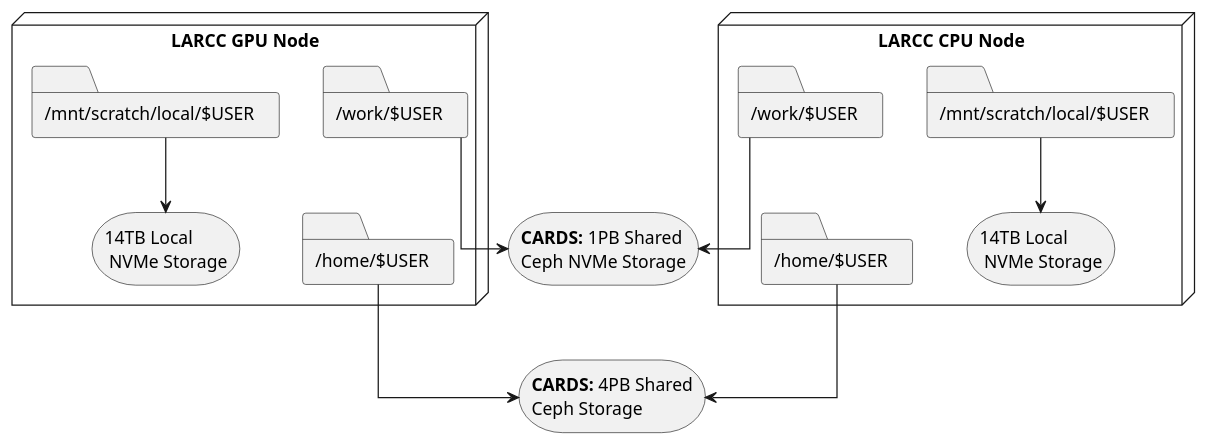
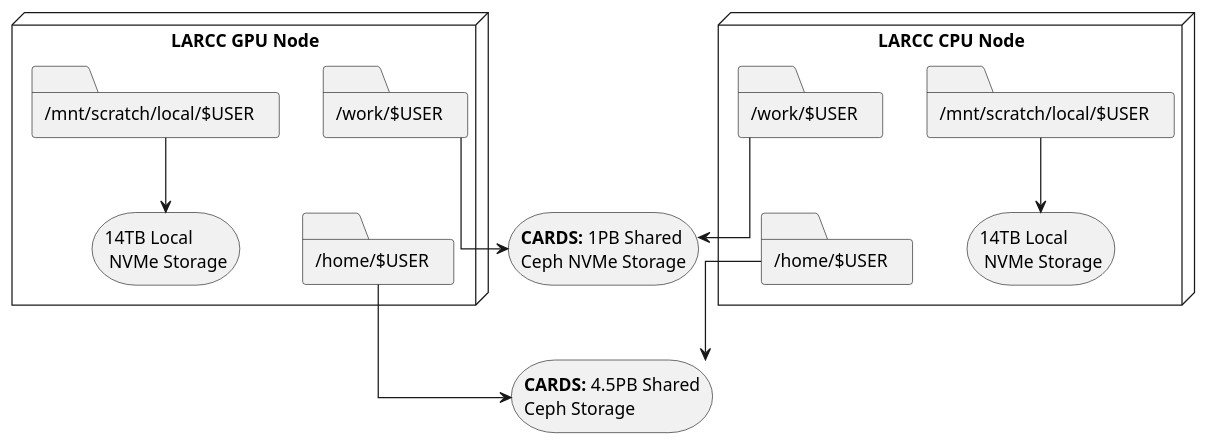
One commit to ularc/larcc changed the diagram in guides/storage/images/logical_storage_architecture.puml. Above: the diagram before and after it, drawn with PlantUML. The commit also changed 2 other files, not shown here.

Commit message:
storage guide fix

```diff
--- a/guides/storage/images/logical_storage_architecture.puml
+++ b/guides/storage/images/logical_storage_architecture.puml
@@ -1,35 +1,35 @@
 @startuml
 skinparam linetype polyline
 skinparam linetype ortho
 
-storage "<b>CARDS:</b> 4PB Shared\nCeph Storage" as cards
+storage "<b>CARDS:</b> 4.5PB Shared\nCeph Storage" as cards
 storage "<b>CARDS:</b> 1PB Shared\nCeph NVMe Storage" as cards_nvme
 node "LARCC CPU Node" as cpu_node {
   folder "/work/$USER" as cpu_work {
   }
   folder "/home/$USER" as cpu_home {
   }
   folder "/mnt/scratch/local/$USER" as cpu_scratch_folder {
   }
   storage "14TB Local\n NVMe Storage" as cpu_scratch
 }
 
 node "LARCC GPU Node" as gpu_node {
   folder "/work/$USER" as gpu_work {
   }
   folder "/home/$USER" as gpu_home {
   }
   folder "/mnt/scratch/local/$USER" as gpu_scratch_folder {
   }
   storage "14TB Local\n NVMe Storage" as gpu_scratch
 }
 cpu_work -down-> cards_nvme
 cpu_home -down-> cards
 gpu_home -down-> cards
 gpu_work -down-> cards_nvme
 gpu_scratch_folder -down-> gpu_scratch
 cpu_scratch_folder -down-> cpu_scratch
 cpu_home -[hidden]right-> cpu_scratch
 gpu_home -[hidden]left-> gpu_scratch
 
 @enduml
```
